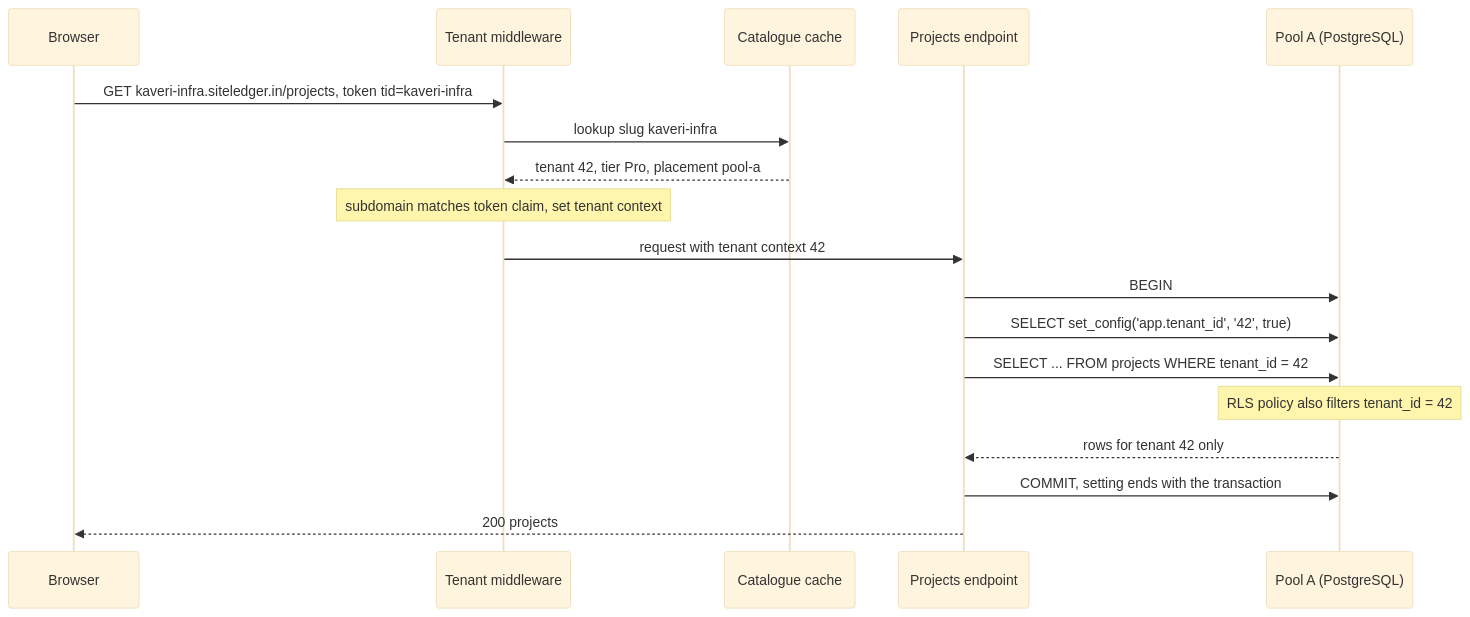
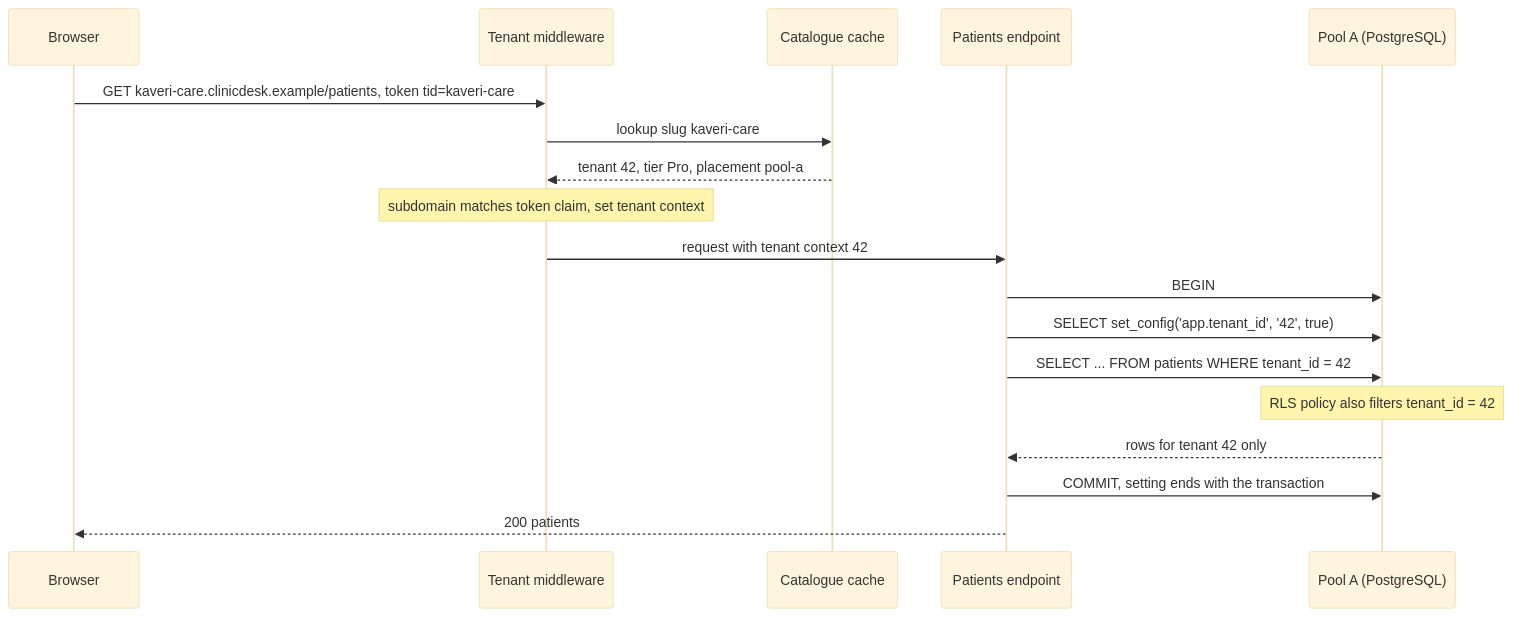
The second of 3 diagrams in content/lessons/m16/m16-multi-tenancy.md (rizwi0786/system-design-lab), drawn with Mermaid (base theme) before and after one commit. The commit also changed other lines of this file and 334 other files, not shown here.

````diff
--- a/content/lessons/m16/m16-multi-tenancy.md
+++ b/content/lessons/m16/m16-multi-tenancy.md
@@ -248,20 +251,20 @@
 ```mermaid
 sequenceDiagram
     participant B as Browser
     participant M as Tenant middleware
     participant Cat as Catalogue cache
-    participant API as Projects endpoint
+    participant API as Patients endpoint
     participant DB as Pool A (PostgreSQL)
-    B->>M: GET kaveri-infra.siteledger.in/projects, token tid=kaveri-infra
-    M->>Cat: lookup slug kaveri-infra
+    B->>M: GET kaveri-care.clinicdesk.example/patients, token tid=kaveri-care
+    M->>Cat: lookup slug kaveri-care
     Cat-->>M: tenant 42, tier Pro, placement pool-a
     Note over M: subdomain matches token claim, set tenant context
     M->>API: request with tenant context 42
     API->>DB: BEGIN
     API->>DB: SELECT set_config('app.tenant_id', '42', true)
-    API->>DB: SELECT ... FROM projects WHERE tenant_id = 42
+    API->>DB: SELECT ... FROM patients WHERE tenant_id = 42
     Note over DB: RLS policy also filters tenant_id = 42
     DB-->>API: rows for tenant 42 only
     API->>DB: COMMIT, setting ends with the transaction
-    API-->>B: 200 projects
+    API-->>B: 200 patients
 ```
````
